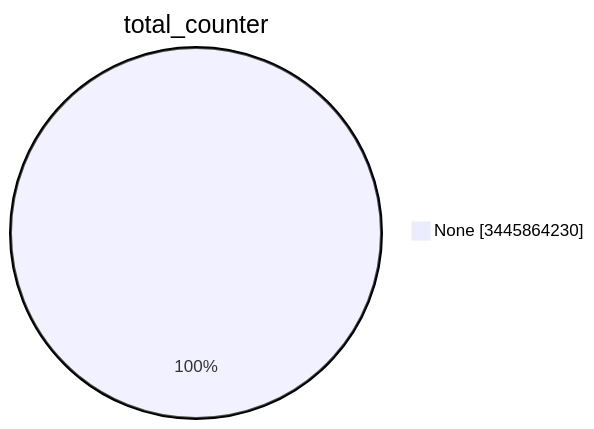
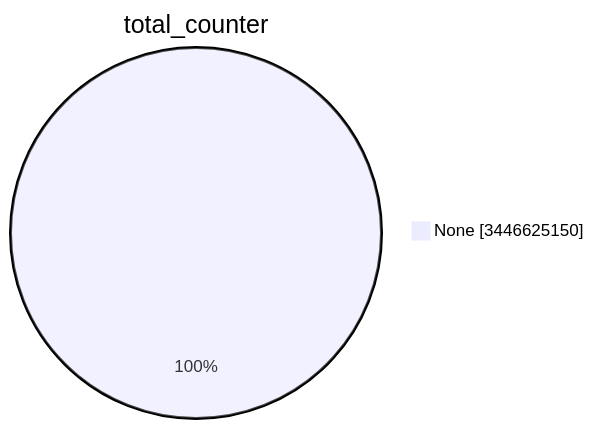
The first of 15 diagrams in TOTAL/README.md (christiankrug/ctmonitor_visualization), drawn with Mermaid before and after one commit. The commit also changed other lines of this file, not shown here.

````diff
--- a/TOTAL/README.md
+++ b/TOTAL/README.md
@@ -1,5 +1,5 @@
 ```mermaid
 pie showData
 title total_counter
-"None" :3445864230
+"None" :3446625150
 ```
````
